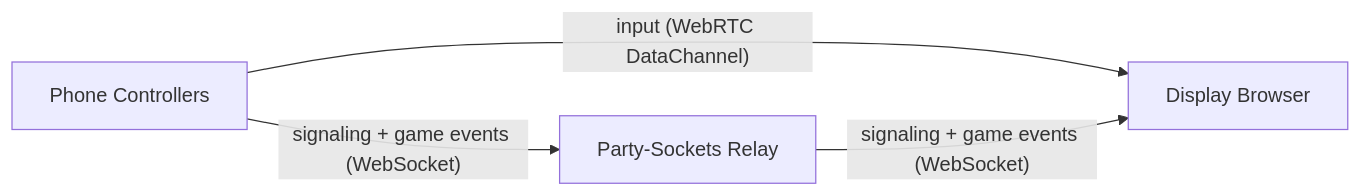
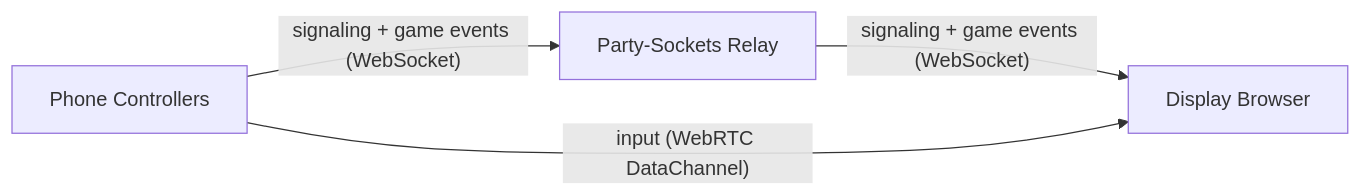
Before and after one commit to tim4724/HexStacker-Party: the diagram in README.md, drawn with Mermaid.

Commit message:
docs(readme): move DataChannel edge below relay in architecture diagram

````diff
--- a/README.md
+++ b/README.md
@@ -17,6 +17,6 @@
 ```mermaid
 graph LR
-    P[Phone Controllers] -- "input (WebRTC DataChannel)" --> D[Display Browser]
-    P -- "signaling + game events (WebSocket)" --> R[Party-Sockets Relay]
-    R -- "signaling + game events (WebSocket)" --> D
+    P[Phone Controllers] -- "signaling + game events (WebSocket)" --> R[Party-Sockets Relay]
+    R -- "signaling + game events (WebSocket)" --> D[Display Browser]
+    P -- "input (WebRTC DataChannel)" --> D
 ```
````
